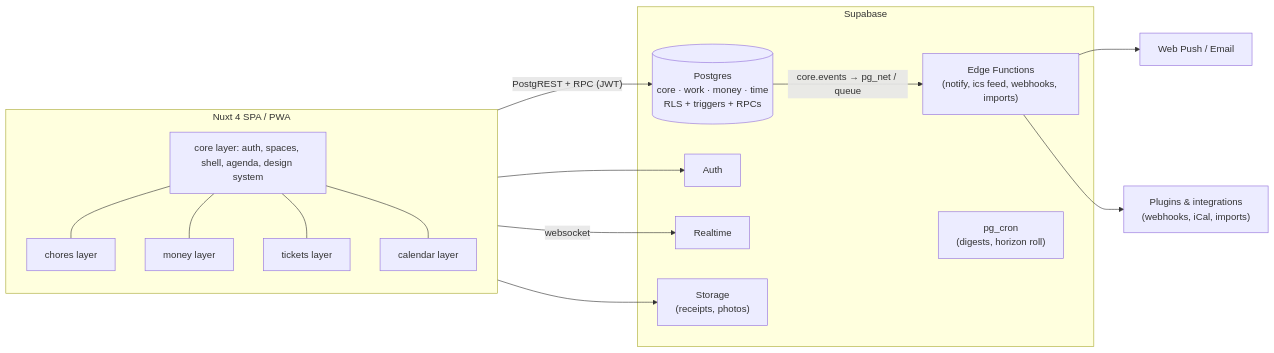
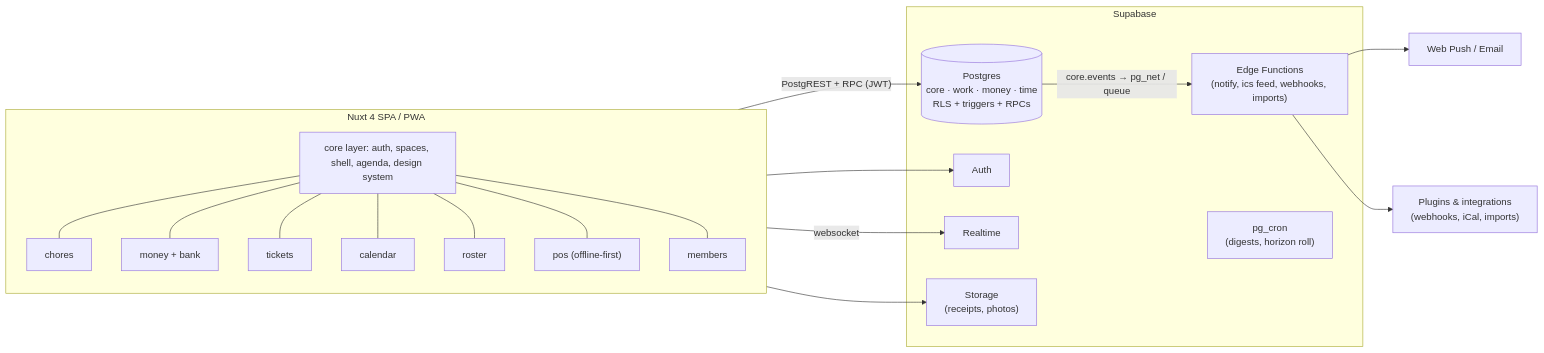
One commit to Peleton-011/chore-tracker changed the first of 2 diagrams in docs/03-system-design.md. Above: the diagram before and after it, drawn with Mermaid. The commit also changed other lines of this file and 11 other files, not shown here.

````diff
--- a/docs/03-system-design.md
+++ b/docs/03-system-design.md
@@ -10,20 +11,20 @@
 ```mermaid
 flowchart LR
   subgraph Client["Nuxt 4 SPA / PWA"]
     Shell["core layer: auth, spaces, shell, agenda, design system"]
-    M1["chores layer"]; M2["money layer"]; M3["tickets layer"]; M4["calendar layer"]
-    Shell --- M1 & M2 & M3 & M4
+    M1["chores"]; M2["money + bank"]; M3["tickets"]; M4["calendar"]; M5["roster"]; M6["pos (offline-first)"]; M7["members"]
+    Shell --- M1 & M2 & M3 & M4 & M5 & M6 & M7
   end
   subgraph Supabase
     PG[("Postgres\ncore · work · money · time\nRLS + triggers + RPCs")]
     Auth["Auth"]; RT["Realtime"]; ST["Storage\n(receipts, photos)"]
     EF["Edge Functions\n(notify, ics feed, webhooks, imports)"]
     Cron["pg_cron\n(digests, horizon roll)"]
   end
   Client -- "PostgREST + RPC (JWT)" --> PG
   Client -- websocket --> RT
   Client --> Auth & ST
   PG -- "core.events → pg_net / queue" --> EF
   EF --> Push["Web Push / Email"]
   EF --> Ext["Plugins & integrations\n(webhooks, iCal, imports)"]
 ```
````
